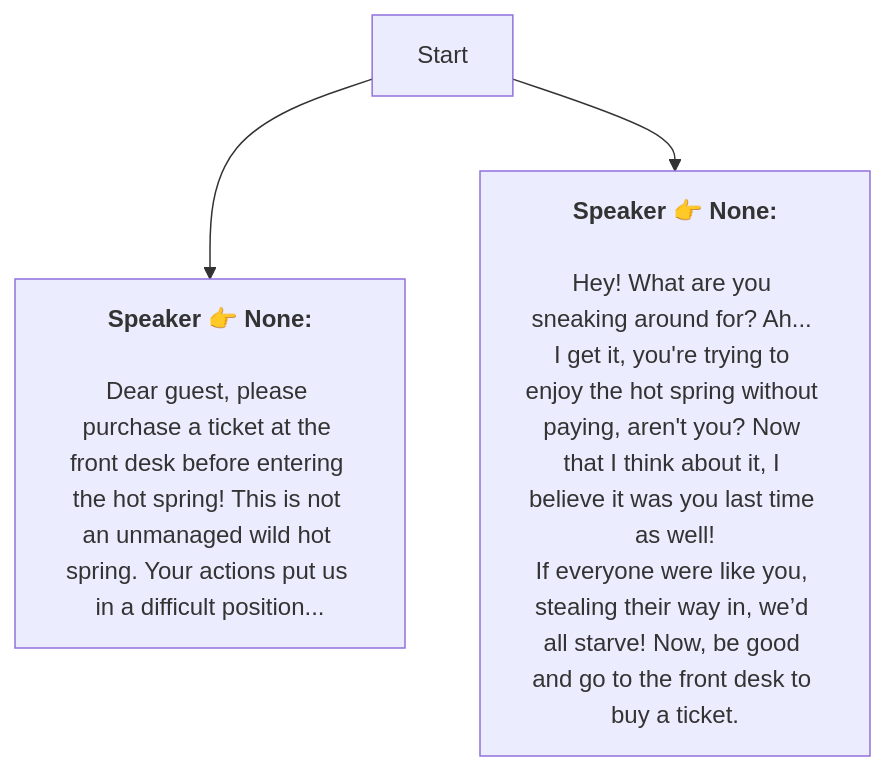
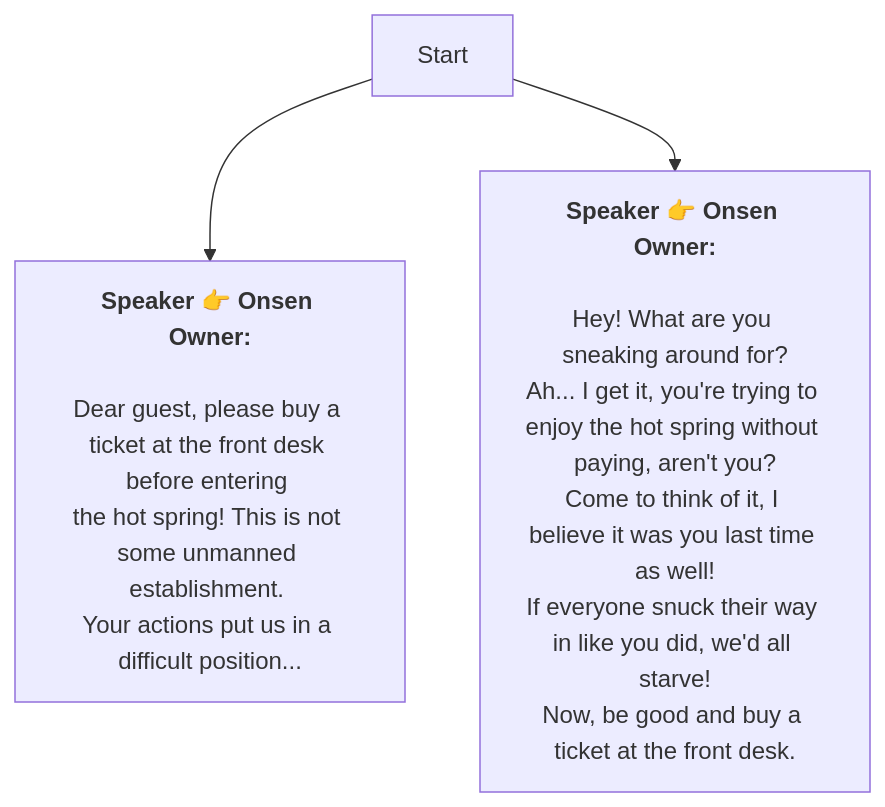
The diagram in En/HotSpringGuard.md (SoftHu/tos_avg), drawn with Mermaid before and after one commit. The commit also changed 312 other files, not shown here.

````diff
--- a/En/HotSpringGuard.md
+++ b/En/HotSpringGuard.md
@@ -1,11 +1,16 @@
 ```mermaid
 graph
-Start -->1767454272514941[<b>Speaker 👉 None:</b>
+Start -->1767454272514941[<b>Speaker 👉 Onsen Owner:</b>
 
-Dear guest, please purchase a ticket at the front desk before entering the hot spring! This is not an unmanaged wild hot spring. Your actions put us in a difficult position...]
-Start -->1767454272515966[<b>Speaker 👉 None:</b>
+Dear guest, please buy a ticket at the front desk before entering 
+the hot spring! This is not some unmanned establishment. 
+Your actions put us in a difficult position...]
+Start -->1767454272515966[<b>Speaker 👉 Onsen Owner:</b>
 
-Hey! What are you sneaking around for? Ah... I get it, you're trying to enjoy the hot spring without paying, aren't you? Now that I think about it, I believe it was you last time as well!
-If everyone were like you, stealing their way in, we’d all starve! Now, be good and go to the front desk to buy a ticket.]
+Hey! What are you sneaking around for?
+Ah... I get it, you're trying to enjoy the hot spring without paying, aren't you?
+Come to think of it, I believe it was you last time as well!
+If everyone snuck their way in like you did, we'd all starve!
+Now, be good and buy a ticket at the front desk.]
 
  ```
````
